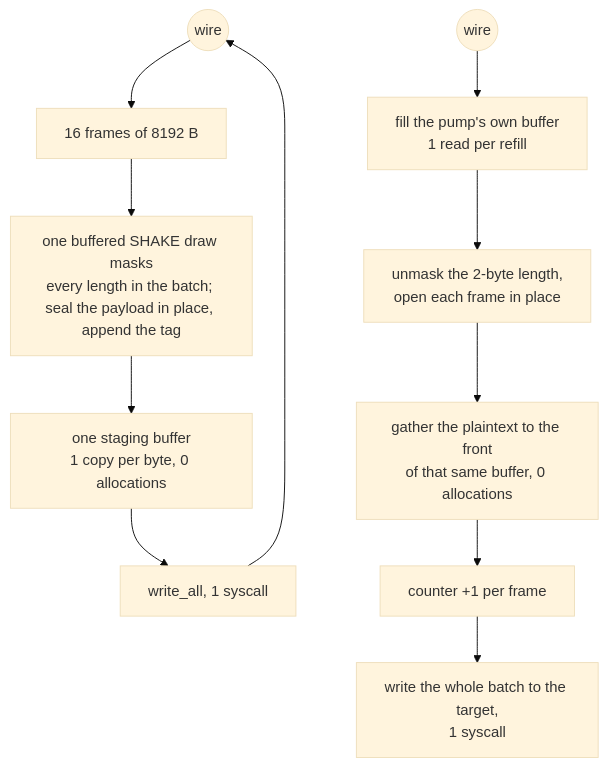
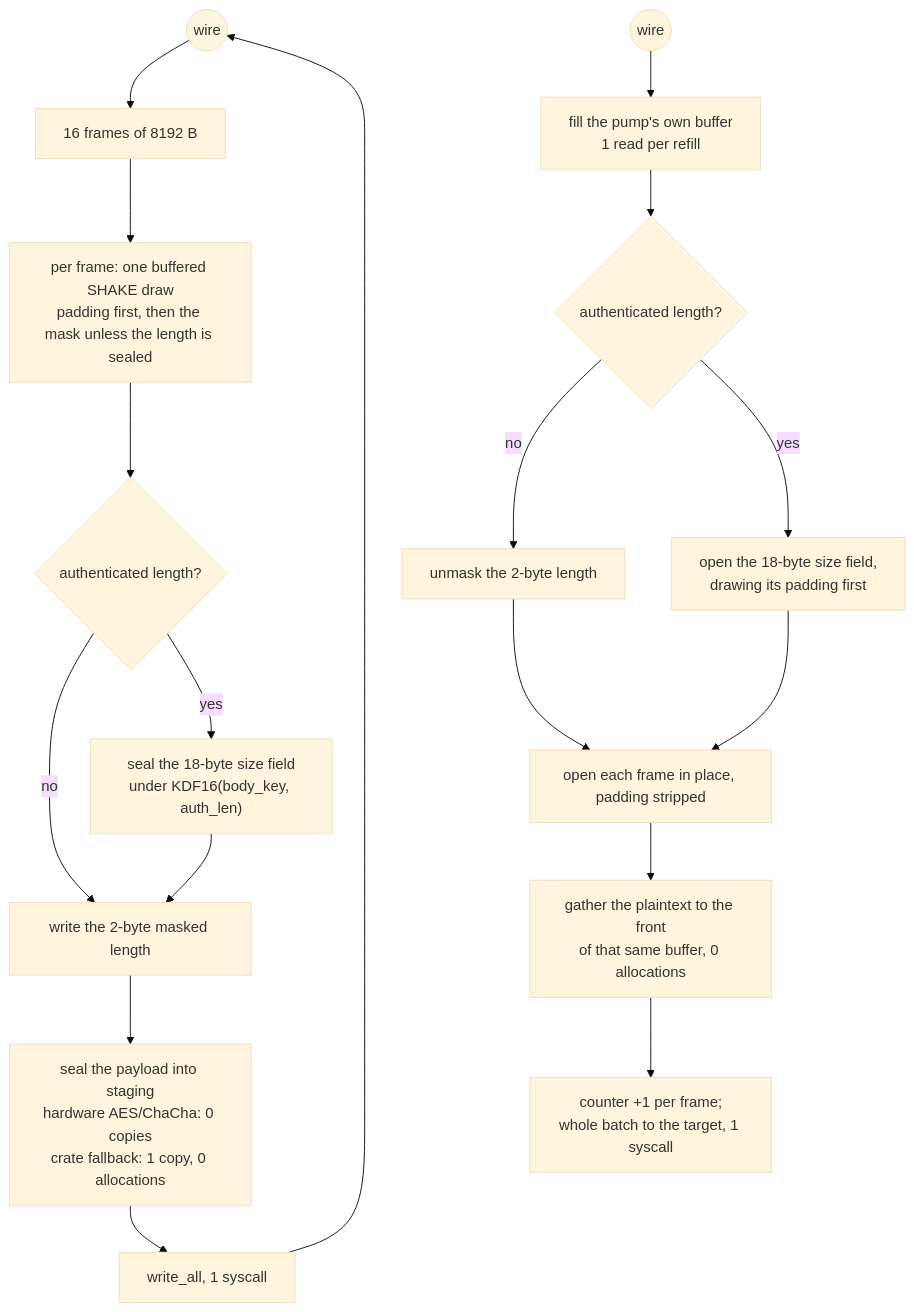
Before and after one commit to Ferrocite/ferrox: the diagram in docs/function/vmess.md, drawn with Mermaid (base theme). The commit also changed other lines of this file and 20 other files, not shown here.

Commit message:
vmess: seal into staging and carry authenticated lengths

````diff
--- a/docs/function/vmess.md
+++ b/docs/function/vmess.md
@@ -25,13 +27,20 @@
 ```mermaid
 graph TD
     W["plaintext read, 128 KiB"] --> W1["16 frames of 8192 B"]
-    W1 --> W2["one buffered SHAKE draw masks<br/>every length in the batch; seal the payload in place, append the tag"]
-    W2 --> W3["one staging buffer<br/>1 copy per byte, 0 allocations"]
-    W3 --> W4["write_all, 1 syscall"]
-    W4 --> W(("wire"))
+    W1 --> W2["per frame: one buffered SHAKE draw<br/>padding first, then the mask unless the length is sealed"]
+    W2 --> W2A{"authenticated length?"}
+    W2A -->|no| W3["write the 2-byte masked length"]
+    W2A -->|yes| W2B["seal the 18-byte size field<br/>under KDF16(body_key, auth_len)"]
+    W2B --> W3
+    W3 --> W4["seal the payload into staging<br/>hardware AES/ChaCha: 0 copies<br/>crate fallback: 1 copy, 0 allocations"]
+    W4 --> W5["write_all, 1 syscall"]
+    W5 --> W(("wire"))
     R(("wire")) --> R1["fill the pump's own buffer<br/>1 read per refill"]
-    R1 --> R2["unmask the 2-byte length,<br/>open each frame in place"]
-    R2 --> R3["gather the plaintext to the front<br/>of that same buffer, 0 allocations"]
-    R3 --> R4["counter +1 per frame"]
-    R4 --> R5["write the whole batch to the target,<br/>1 syscall"]
+    R1 --> R2{"authenticated length?"}
+    R2 -->|no| R2A["unmask the 2-byte length"]
+    R2 -->|yes| R2B["open the 18-byte size field,<br/>drawing its padding first"]
+    R2A --> R3["open each frame in place, padding stripped"]
+    R2B --> R3
+    R3 --> R4["gather the plaintext to the front<br/>of that same buffer, 0 allocations"]
+    R4 --> R5["counter +1 per frame;<br/>whole batch to the target, 1 syscall"]
 ```
````
